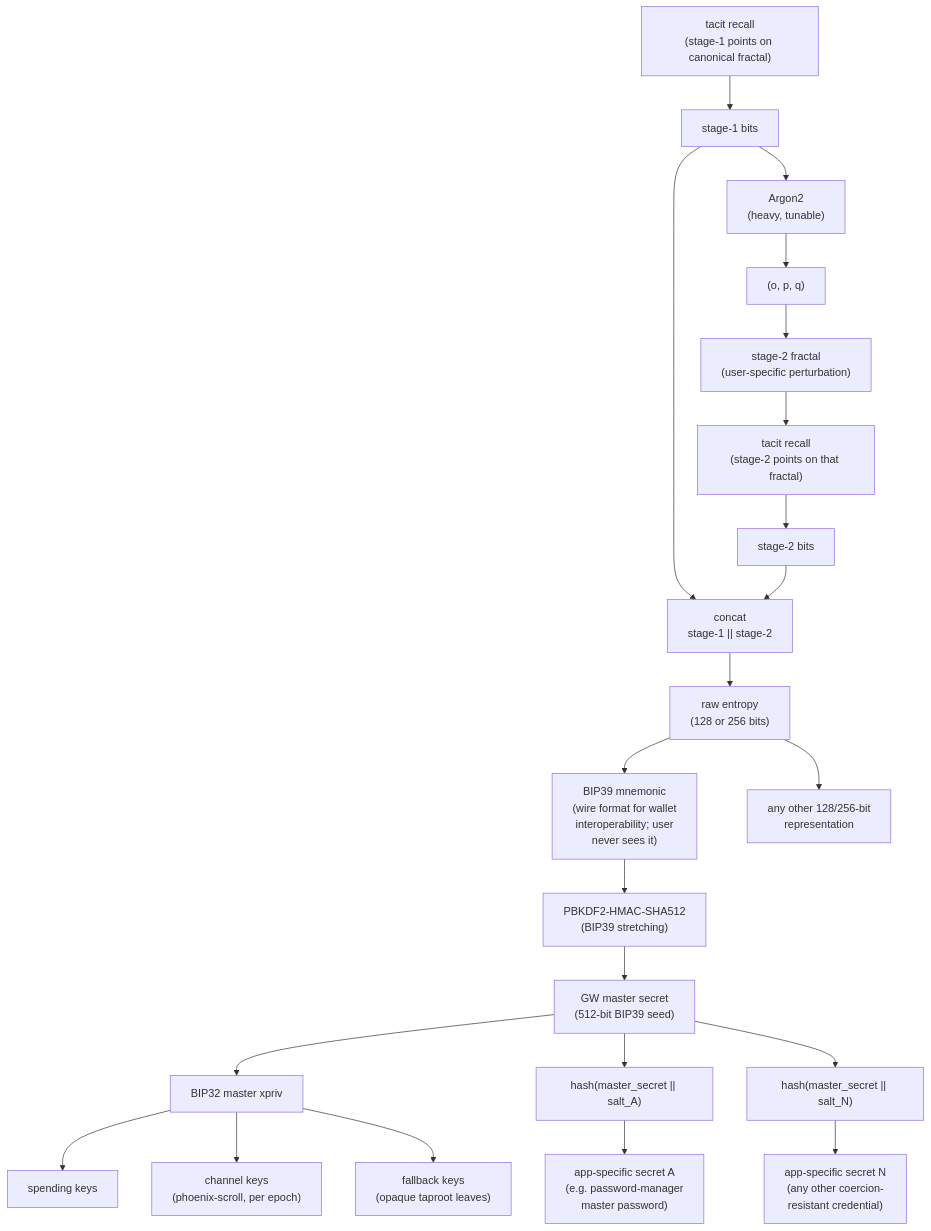
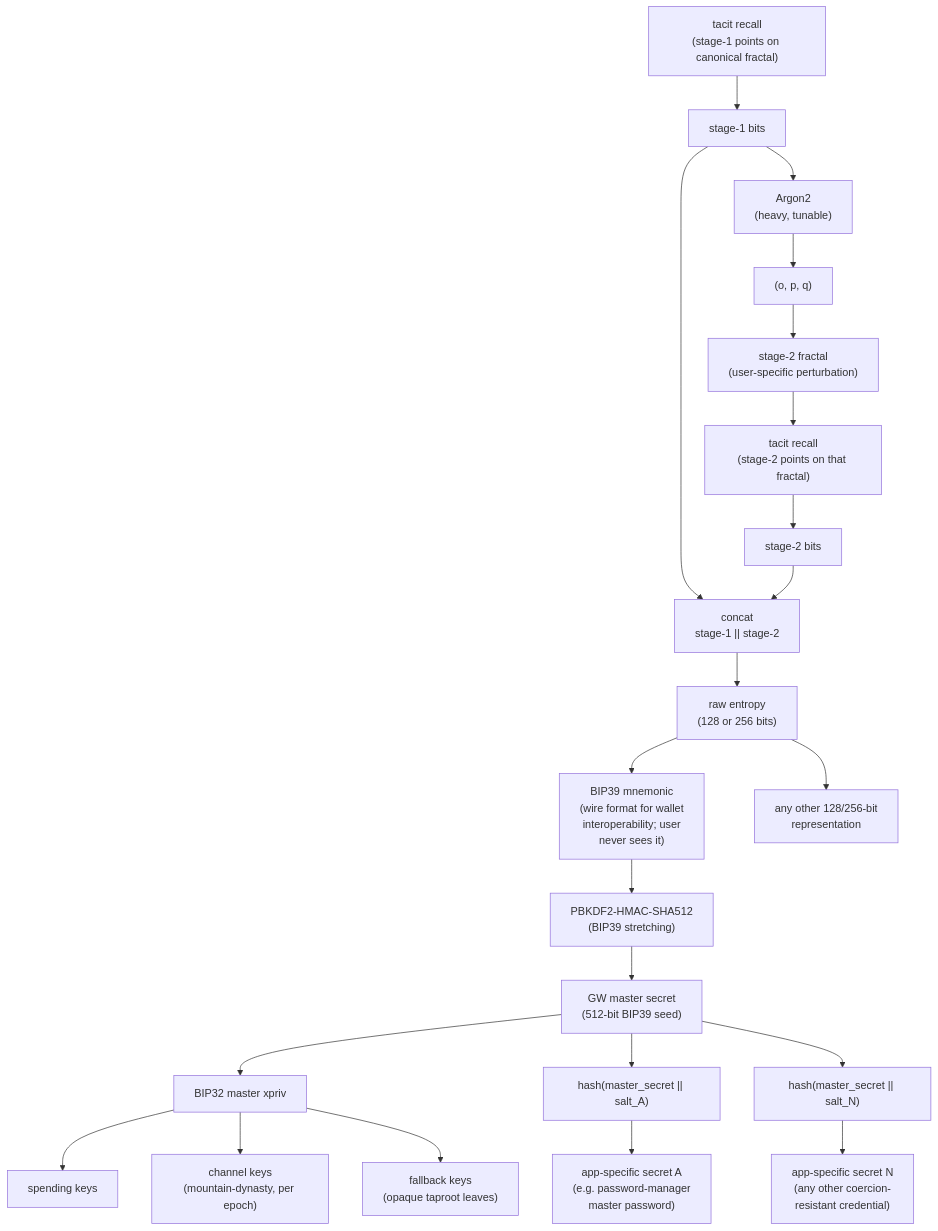
The diagram in great-wallet/ARCHITECTURE.md (Yuri-SVB/great-wall-docs), drawn with Mermaid before and after one commit. The commit also changed other lines of this file and 43 other files, not shown here.

````diff
--- a/great-wallet/ARCHITECTURE.md
+++ b/great-wallet/ARCHITECTURE.md
@@ -328,24 +341,24 @@
 ```mermaid
 flowchart TD
     R1["tacit recall<br/>(stage-1 points on canonical fractal)"] --> S1["stage-1 bits"]
     S1 --> A["Argon2<br/>(heavy, tunable)"]
     A --> OPQ["(o, p, q)"]
     OPQ --> F2["stage-2 fractal<br/>(user-specific perturbation)"]
     F2 --> R2["tacit recall<br/>(stage-2 points on that fractal)"]
     R2 --> S2["stage-2 bits"]
     S1 --> C["concat<br/>stage-1 || stage-2"]
     S2 --> C
     C --> E["raw entropy<br/>(128 or 256 bits)"]
     E --> B["BIP39 mnemonic<br/>(wire format for wallet<br/>interoperability; user<br/>never sees it)"]
     E --> OTH["any other 128/256-bit<br/>representation"]
     B --> P["PBKDF2-HMAC-SHA512<br/>(BIP39 stretching)"]
     P --> M["GW master secret<br/>(512-bit BIP39 seed)"]
     M --> X["BIP32 master xpriv"]
     M --> HA["hash(master_secret || salt_A)"]
     M --> HN["hash(master_secret || salt_N)"]
     X --> SP["spending keys"]
-    X --> CH["channel keys<br/>(phoenix-scroll, per epoch)"]
+    X --> CH["channel keys<br/>(mountain-dynasty, per epoch)"]
     X --> FB["fallback keys<br/>(opaque taproot leaves)"]
     HA --> APA["app-specific secret A<br/>(e.g. password-manager<br/>master password)"]
     HN --> APN["app-specific secret N<br/>(any other coercion-<br/>resistant credential)"]
 ```
````
